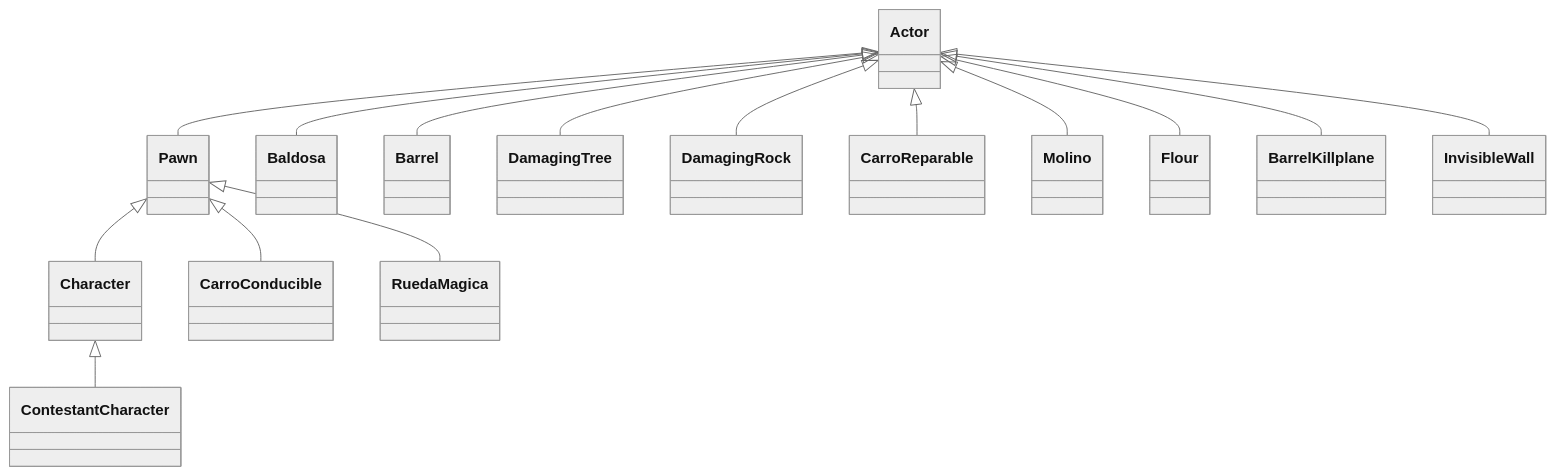
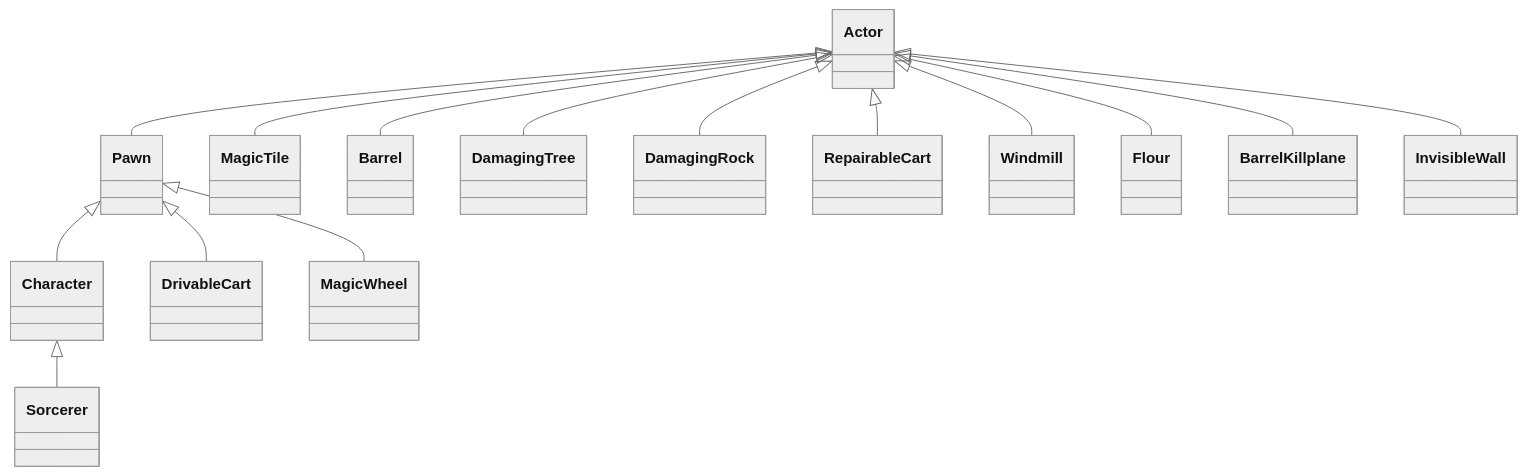
The fifth of 5 diagrams in README.md (narratech/fantasy-base), drawn with Mermaid (neutral theme) before and after one commit.

Commit message:
Update class diagram in README.md

````diff
--- a/README.md
+++ b/README.md
@@ -264,19 +264,19 @@
 ```mermaid
 
 classDiagram
   Actor <|-- Pawn
   Pawn <|-- Character
-  Character <|-- ContestantCharacter
+  Character <|-- Sorcerer
 
-  Actor <|-- Baldosa
+  Actor <|-- MagicTile
   Actor <|-- Barrel 
   Actor <|-- DamagingTree
   Actor <|-- DamagingRock
-  Actor <|-- CarroReparable
-  Actor <|-- Molino
+  Actor <|-- RepairableCart
+  Actor <|-- Windmill
   Actor <|-- Flour
   Actor <|-- BarrelKillplane
   Actor <|-- InvisibleWall
-  Pawn <|-- CarroConducible
-  Pawn <|-- RuedaMagica
+  Pawn <|-- DrivableCart
+  Pawn <|-- MagicWheel
 ```
````
